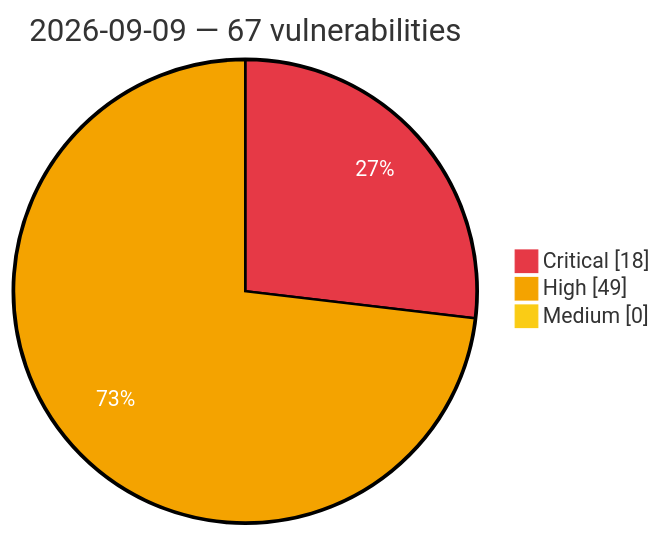
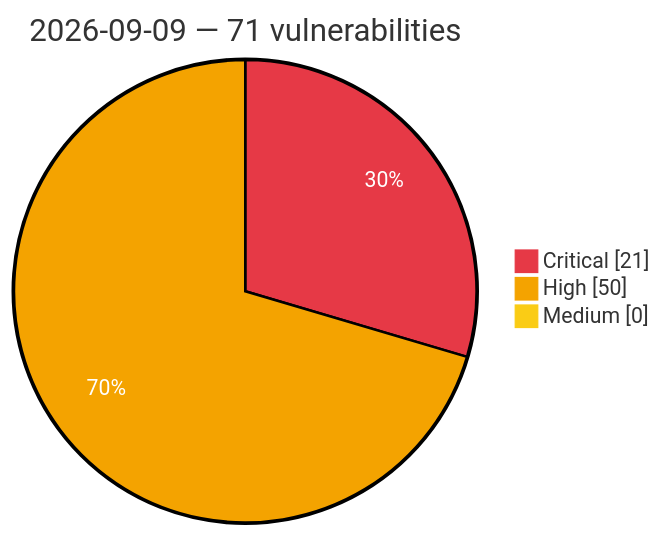
Before and after one commit to GhostX0X/vuln-tracker: the diagram in vulnerabilities/2026/September/2026-09-09.md, drawn with Mermaid. The commit also changed other lines of this file and 5 other files, not shown here.

Commit message:
Auto update: critical/high vulns (2026-09-09 23:16 UTC)

````diff
--- a/vulnerabilities/2026/September/2026-09-09.md
+++ b/vulnerabilities/2026/September/2026-09-09.md
@@ -3,8 +3,8 @@
 ```mermaid
 %%{init: {'theme':'base', 'themeVariables': {'pie1':'#e63946', 'pie2':'#f4a300', 'pie3':'#facc15', 'pieOpacity':'1', 'pieOuterStrokeWidth':'2px', 'pieSectionTextColor':'#ffffff'}}}%%
 pie showData
-    title 2026-09-09 — 67 vulnerabilities
-    "Critical" : 18
-    "High" : 49
+    title 2026-09-09 — 71 vulnerabilities
+    "Critical" : 21
+    "High" : 50
     "Medium" : 0
 ```
````
